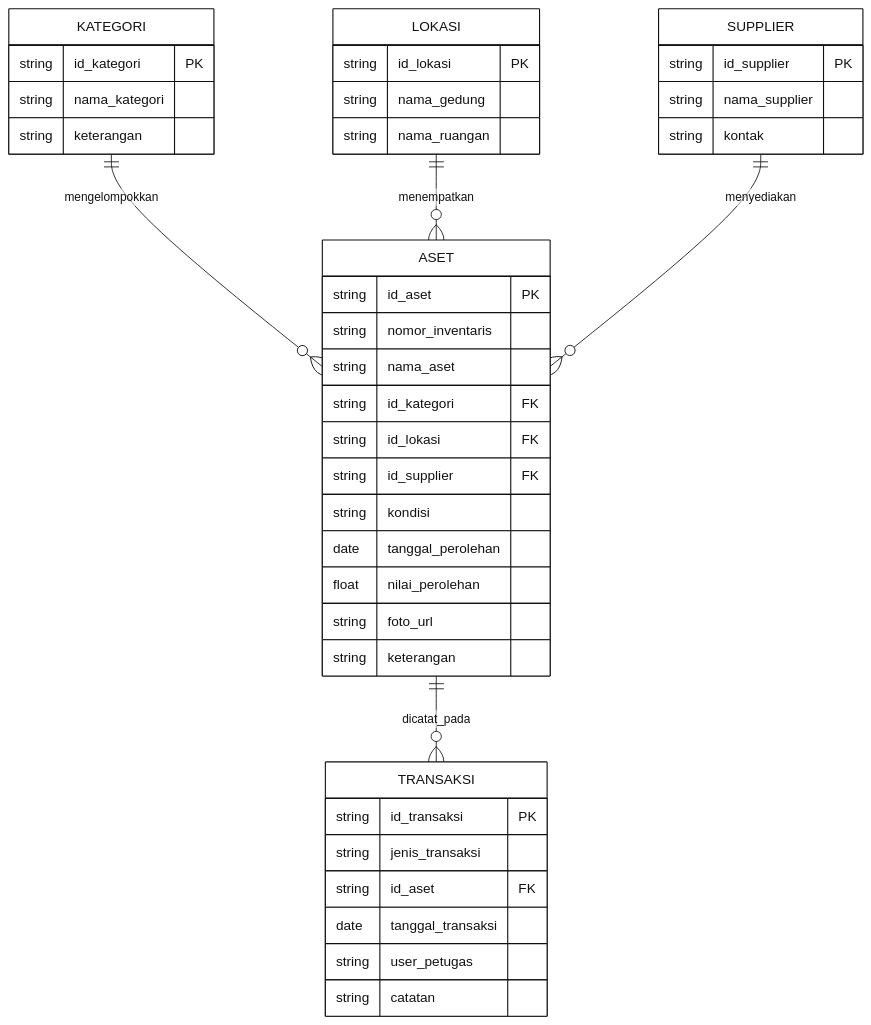
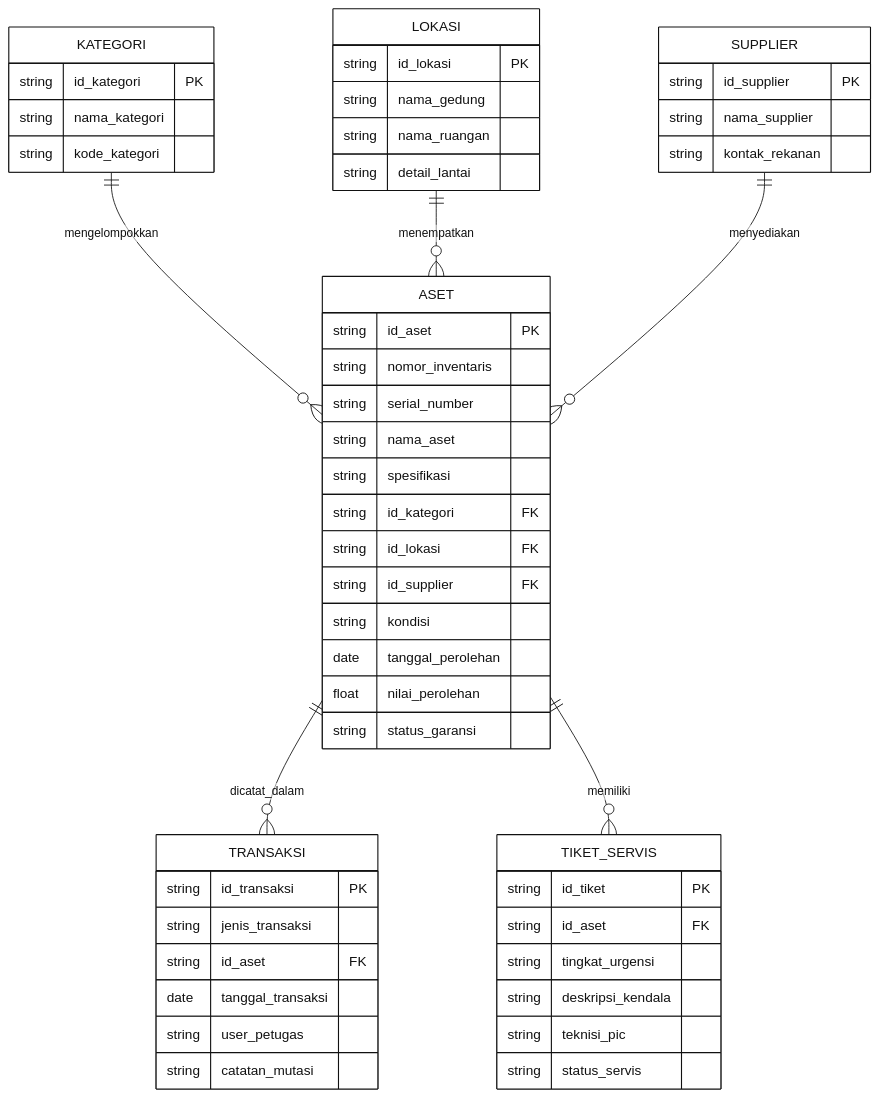
Before and after one commit to HeinrichRaxwell/Sarpras: the first of 4 diagrams in docs/perancangan.md, drawn with Mermaid. The commit also changed other lines of this file and 12 other files, not shown here.

````diff
--- a/docs/perancangan.md
+++ b/docs/perancangan.md
@@ -88,49 +97,61 @@
 ```mermaid
 %%{init: {'theme': 'base', 'themeVariables': { 'primaryColor': '#ffffff', 'primaryBorderColor': '#111111', 'primaryTextColor': '#111111', 'lineColor': '#111111', 'secondaryColor': '#ffffff', 'tertiaryColor': '#ffffff' }}}%%
 erDiagram
     KATEGORI ||--o{ ASET : "mengelompokkan"
     LOKASI ||--o{ ASET : "menempatkan"
     SUPPLIER ||--o{ ASET : "menyediakan"
-    ASET ||--o{ TRANSAKSI : "dicatat_pada"
+    ASET ||--o{ TRANSAKSI : "dicatat_dalam"
+    ASET ||--o{ TIKET_SERVIS : "memiliki"
 
     KATEGORI {
         string id_kategori PK
         string nama_kategori
-        string keterangan
+        string kode_kategori
     }
 
     LOKASI {
         string id_lokasi PK
         string nama_gedung
         string nama_ruangan
+        string detail_lantai
     }
 
     SUPPLIER {
         string id_supplier PK
         string nama_supplier
-        string kontak
+        string kontak_rekanan
     }
 
     ASET {
         string id_aset PK
         string nomor_inventaris
+        string serial_number
         string nama_aset
+        string spesifikasi
         string id_kategori FK
         string id_lokasi FK
         string id_supplier FK
         string kondisi
         date tanggal_perolehan
         float nilai_perolehan
-        string foto_url
-        string keterangan
+        string status_garansi
     }
 
     TRANSAKSI {
         string id_transaksi PK
         string jenis_transaksi
         string id_aset FK
         date tanggal_transaksi
         string user_petugas
-        string catatan
+        string catatan_mutasi
+    }
+
+    TIKET_SERVIS {
+        string id_tiket PK
+        string id_aset FK
+        string tingkat_urgensi
+        string deskripsi_kendala
+        string teknisi_pic
+        string status_servis
     }
 ```
````
